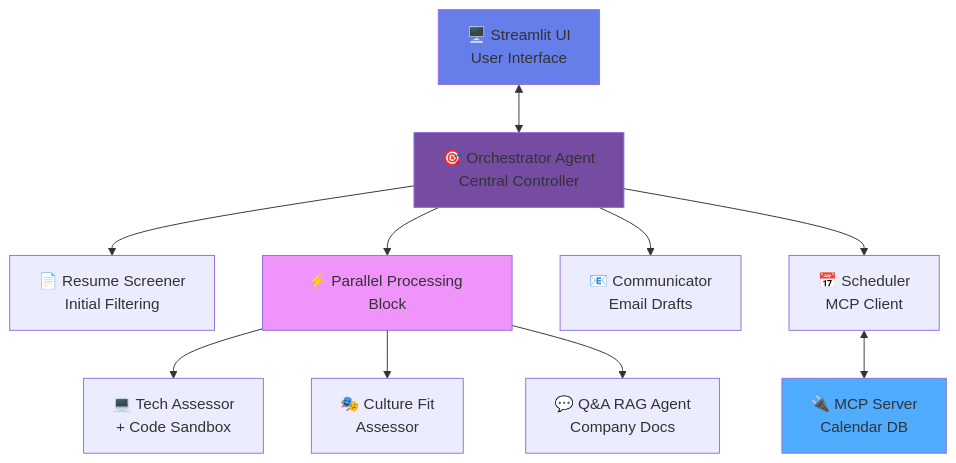
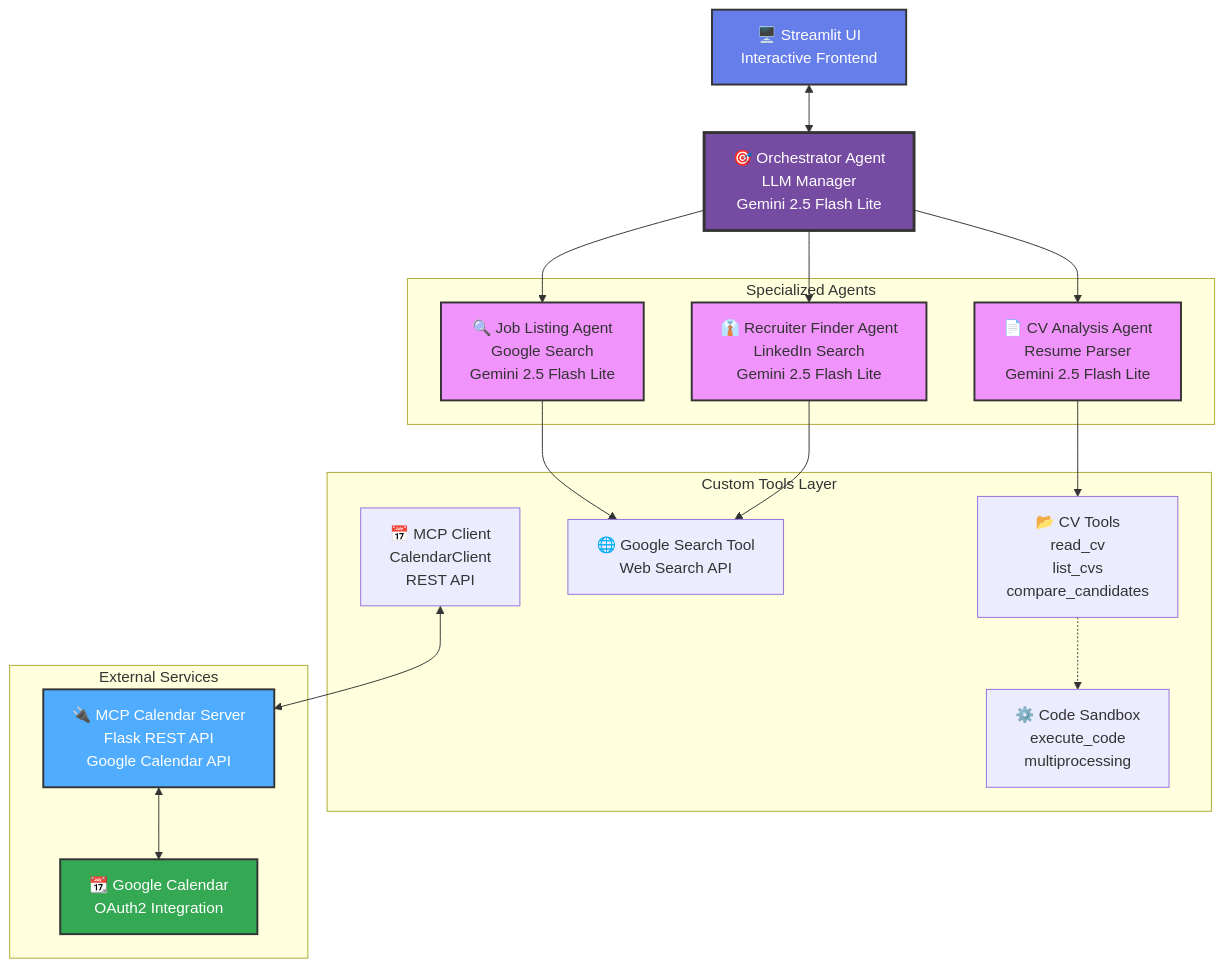
One commit to pitdagosti/agere-capstone-project-google-kaggle changed the diagram in README.md. Above: the diagram before and after it, drawn with Mermaid. The commit also changed other lines of this file and 2 other files, not shown here.

````diff
--- a/README.md
+++ b/README.md
@@ -69,33 +174,44 @@
 ```mermaid
 graph TB
-    UI[🖥️ Streamlit UI<br/>User Interface]
-    ORCH[🎯 Orchestrator Agent<br/>Central Controller]
+    UI[🖥️ Streamlit UI<br/>Interactive Frontend]
+    ORCH[🎯 Orchestrator Agent<br/>LLM Manager<br/>Gemini 2.5 Flash Lite]
     
-    RS[📄 Resume Screener<br/>Initial Filtering]
-    SCHED[📅 Scheduler<br/>MCP Client]
-    COMM[📧 Communicator<br/>Email Drafts]
+    subgraph "Specialized Agents"
+        CV[📄 CV Analysis Agent<br/>Resume Parser<br/>Gemini 2.5 Flash Lite]
+        JOB[🔍 Job Listing Agent<br/>Google Search<br/>Gemini 2.5 Flash Lite]
+        REC[👔 Recruiter Finder Agent<br/>LinkedIn Search<br/>Gemini 2.5 Flash Lite]
+    end
     
-    PARALLEL[⚡ Parallel Processing Block]
-    TECH[💻 Tech Assessor<br/>+ Code Sandbox]
-    CULTURE[🎭 Culture Fit<br/>Assessor]
-    RAG[💬 Q&A RAG Agent<br/>Company Docs]
+    subgraph "Custom Tools Layer"
+        CVTOOLS[📂 CV Tools<br/>read_cv<br/>list_cvs<br/>compare_candidates]
+        GSEARCH[🌐 Google Search Tool<br/>Web Search API]
+        SANDBOX[⚙️ Code Sandbox<br/>execute_code<br/>multiprocessing]
+        MCPCLIENT[📅 MCP Client<br/>CalendarClient<br/>REST API]
+    end
     
-    MCP[🔌 MCP Server<br/>Calendar DB]
+    subgraph "External Services"
+        MCP[🔌 MCP Calendar Server<br/>Flask REST API<br/>Google Calendar API]
+        GCAL[📆 Google Calendar<br/>OAuth2 Integration]
+    end
     
     UI <--> ORCH
-    ORCH --> RS
-    ORCH --> PARALLEL
-    ORCH --> SCHED
-    ORCH --> COMM
+    ORCH --> CV
+    ORCH --> JOB
+    ORCH --> REC
     
-    PARALLEL --> TECH
-    PARALLEL --> CULTURE
-    PARALLEL --> RAG
+    CV --> CVTOOLS
+    JOB --> GSEARCH
+    REC --> GSEARCH
     
-    SCHED <--> MCP
+    CVTOOLS -.-> SANDBOX
+    MCPCLIENT <--> MCP
+    MCP <--> GCAL
     
-    style UI fill:#667eea
-    style ORCH fill:#764ba2
-    style PARALLEL fill:#f093fb
-    style MCP fill:#4facfe
+    style UI fill:#667eea,stroke:#333,stroke-width:2px,color:#fff
+    style ORCH fill:#764ba2,stroke:#333,stroke-width:3px,color:#fff
+    style CV fill:#f093fb,stroke:#333,stroke-width:2px,color:#333
+    style JOB fill:#f093fb,stroke:#333,stroke-width:2px,color:#333
+    style REC fill:#f093fb,stroke:#333,stroke-width:2px,color:#333
+    style MCP fill:#4facfe,stroke:#333,stroke-width:2px,color:#fff
+    style GCAL fill:#34a853,stroke:#333,stroke-width:2px,color:#fff
 ```
````
